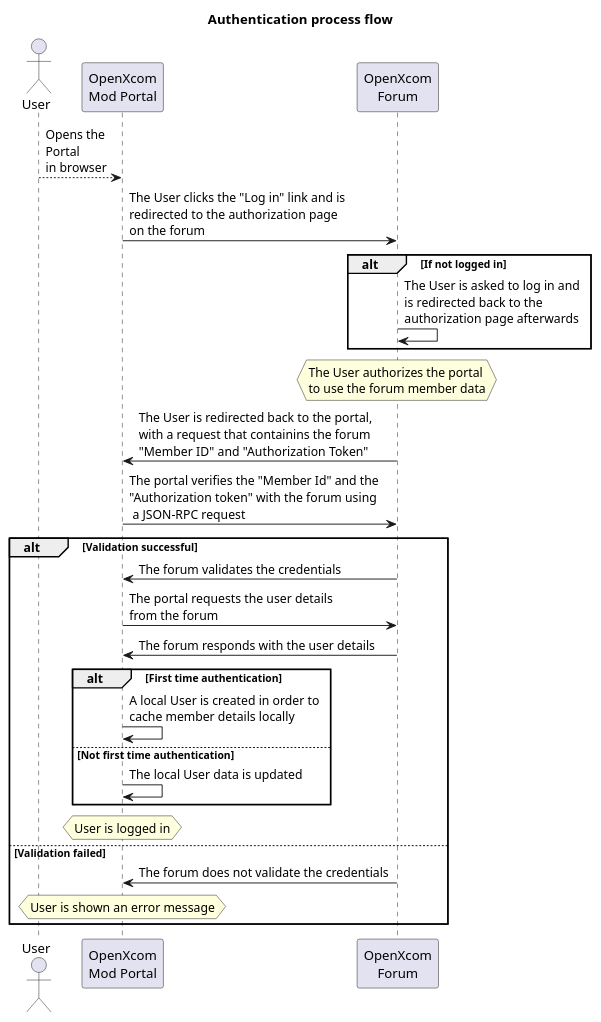
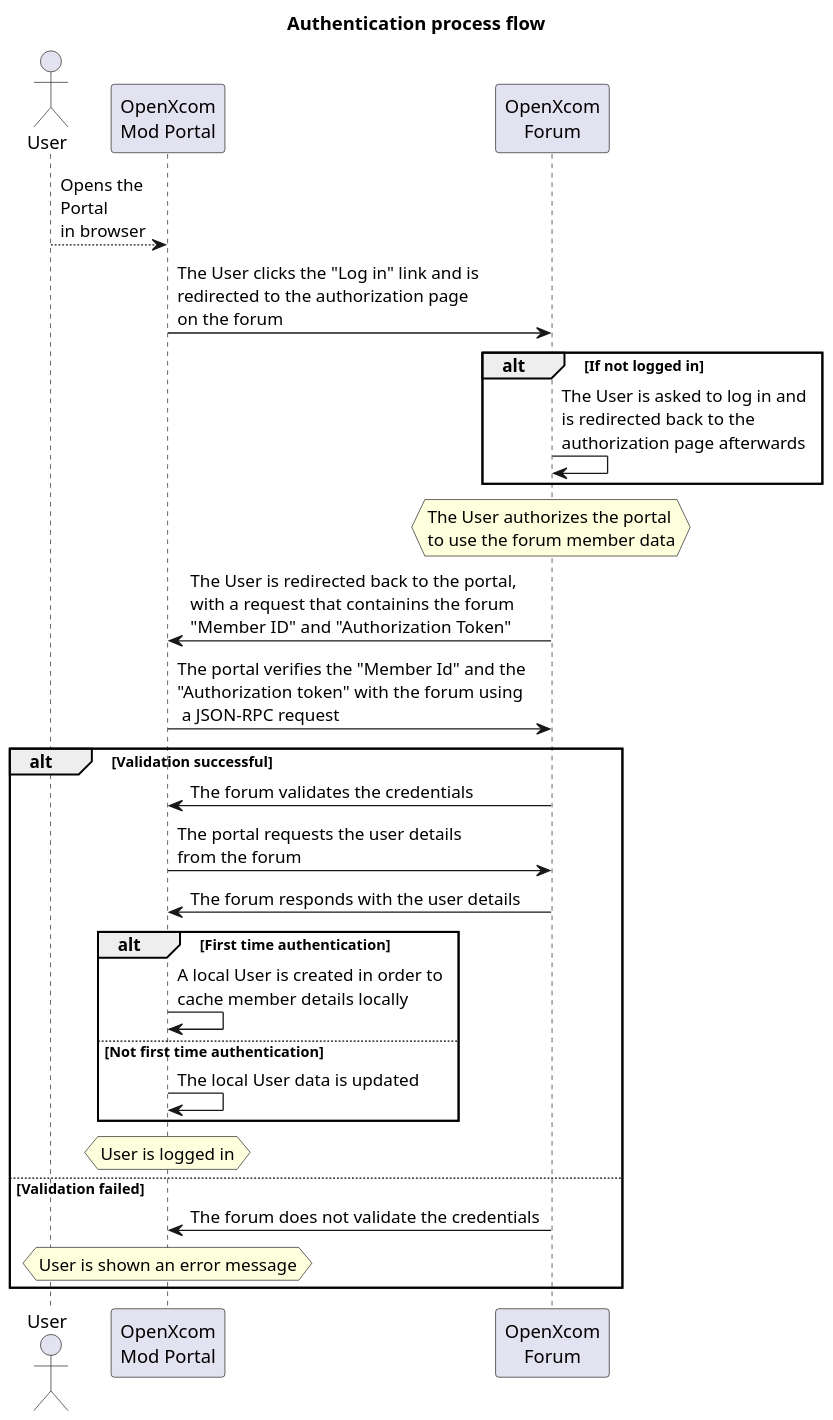
Before and after one commit to killermosi/OXC-ModPortal: the diagram in _internal/v1.0.0/specifications/res/02-AuthenticationFlow.puml, drawn with PlantUML. The commit also changed 24 other files, not shown here.

```diff
--- a/_internal/v1.0.0/specifications/res/02-AuthenticationFlow.puml
+++ b/_internal/v1.0.0/specifications/res/02-AuthenticationFlow.puml
@@ -1,28 +1,29 @@
 @startuml
+scale 884 width
 title Authentication process flow
 actor User
 participant "OpenXcom\nMod Portal" as Portal
 participant "OpenXcom\nForum" as Forum
 User --> Portal: Opens the\nPortal\nin browser
 Portal -> Forum: The User clicks the "Log in" link and is\nredirected to the authorization page\non the forum
 alt If not logged in
     Forum -> Forum: The User is asked to log in and\nis redirected back to the\nauthorization page afterwards
 end
 hnote over  Forum: The User authorizes the portal\nto use the forum member data
 Forum -> Portal: The User is redirected back to the portal,\nwith a request that containins the forum\n"Member ID" and "Authorization Token"
 Portal -> Forum: The portal verifies the "Member Id" and the \n"Authorization token" with the forum using\n a JSON-RPC request
 alt Validation successful
     Forum -> Portal: The forum validates the credentials
     Portal -> Forum: The portal requests the user details\nfrom the forum
     Forum -> Portal: The forum responds with the user details
     alt First time authentication
         Portal -> Portal: A local User is created in order to\ncache member details locally
     else Not first time authentication
         Portal -> Portal: The local User data is updated
     end
     hnote over Portal: User is logged in
 else Validation failed
     Forum -> Portal: The forum does not validate the credentials
     hnote over Portal: User is shown an error message
 end
 @enduml
```
